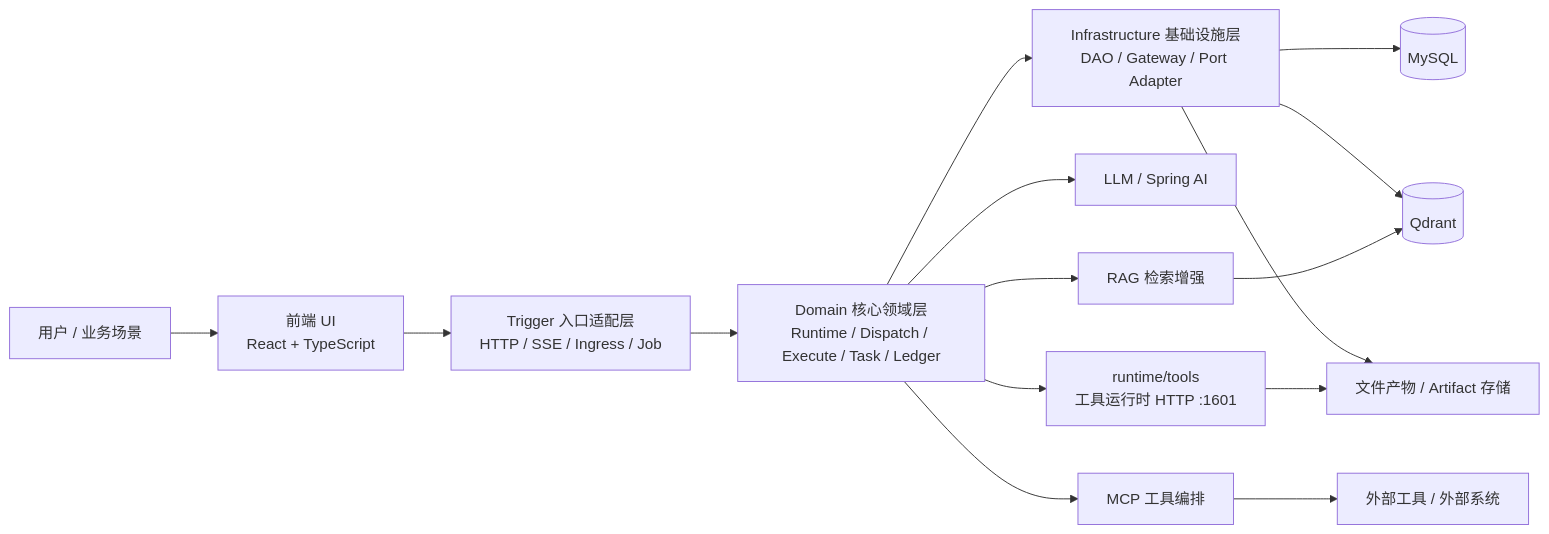
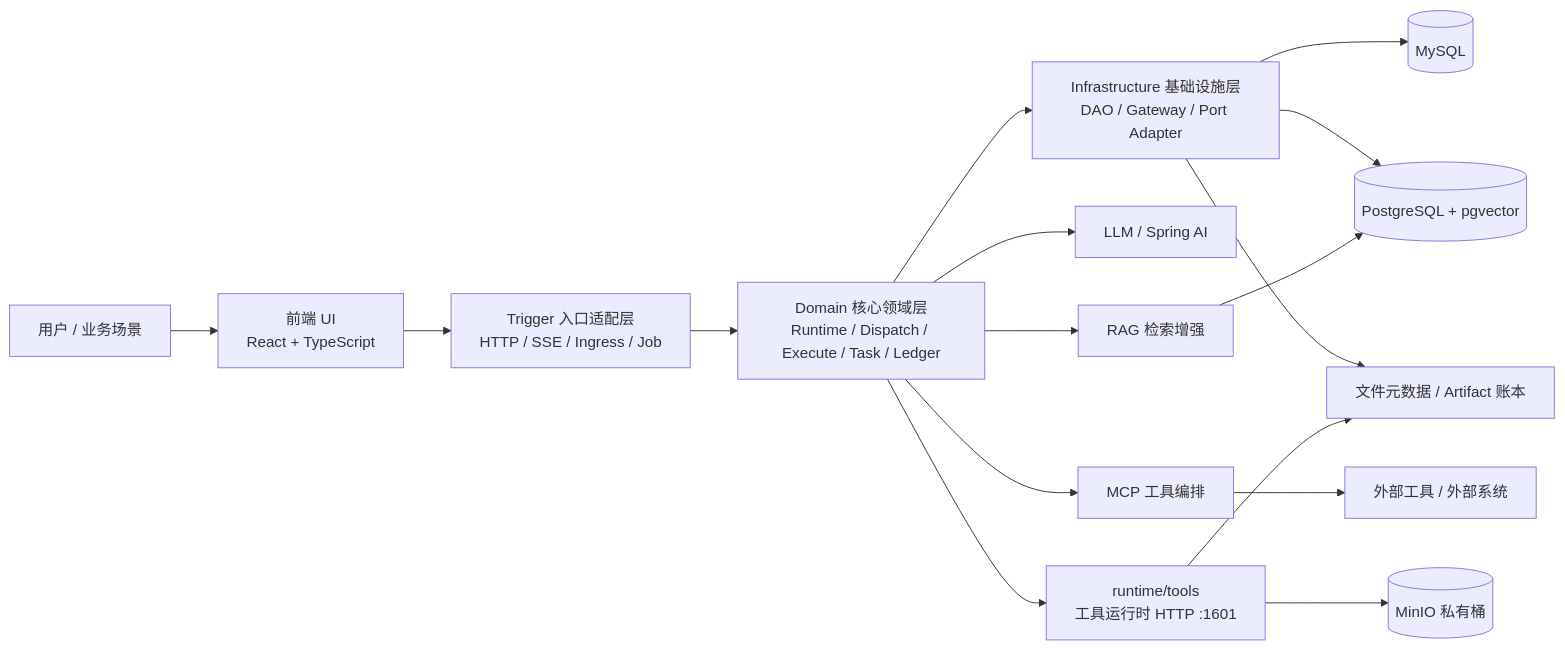
One commit to zhanglinrun/ai-group changed the first of 2 diagrams in ai-agent/README.md. Above: the diagram before and after it, drawn with Mermaid. The commit also changed other lines of this file and 57 other files, not shown here.

````diff
--- a/ai-agent/README.md
+++ b/ai-agent/README.md
@@ -100,20 +142,21 @@
 ```mermaid
 flowchart LR
     U[用户 / 业务场景] --> FE[前端 UI\nReact + TypeScript]
     FE --> TR[Trigger 入口适配层\nHTTP / SSE / Ingress / Job]
     TR --> DO[Domain 核心领域层\nRuntime / Dispatch / Execute / Task / Ledger]
     DO --> INF[Infrastructure 基础设施层\nDAO / Gateway / Port Adapter]
 
     DO --> LLM[LLM / Spring AI]
     DO --> MCP[MCP 工具编排]
     DO --> PY[runtime/tools\n工具运行时 HTTP :1601]
     DO --> RAG[RAG 检索增强]
 
     INF --> MYSQL[(MySQL)]
-    INF --> QDRANT[(Qdrant)]
-    INF --> FILES[文件产物 / Artifact 存储]
+    INF --> PGVECTOR[(PostgreSQL + pgvector)]
+    INF --> FILES[文件元数据 / Artifact 账本]
+    PY --> MINIO[(MinIO 私有桶)]
 
     PY --> FILES
-    RAG --> QDRANT
+    RAG --> PGVECTOR
     MCP --> EXT[外部工具 / 外部系统]
 ```
````
